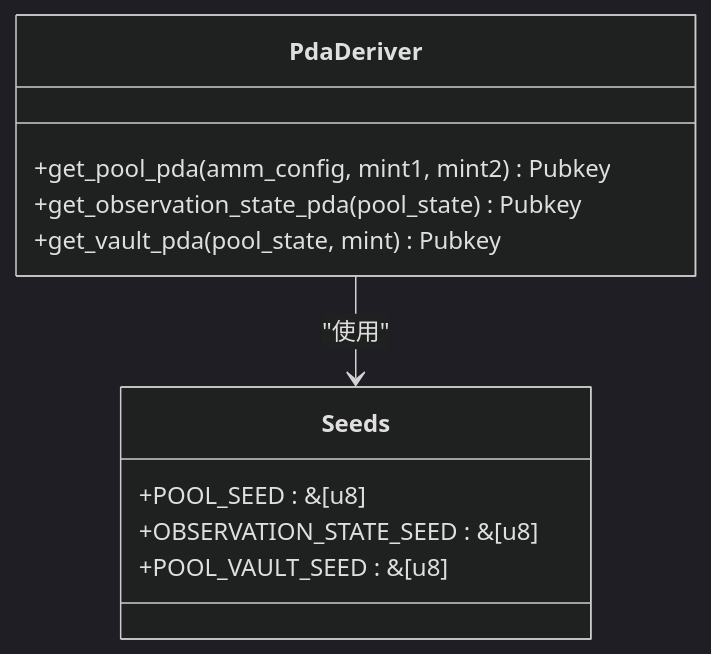
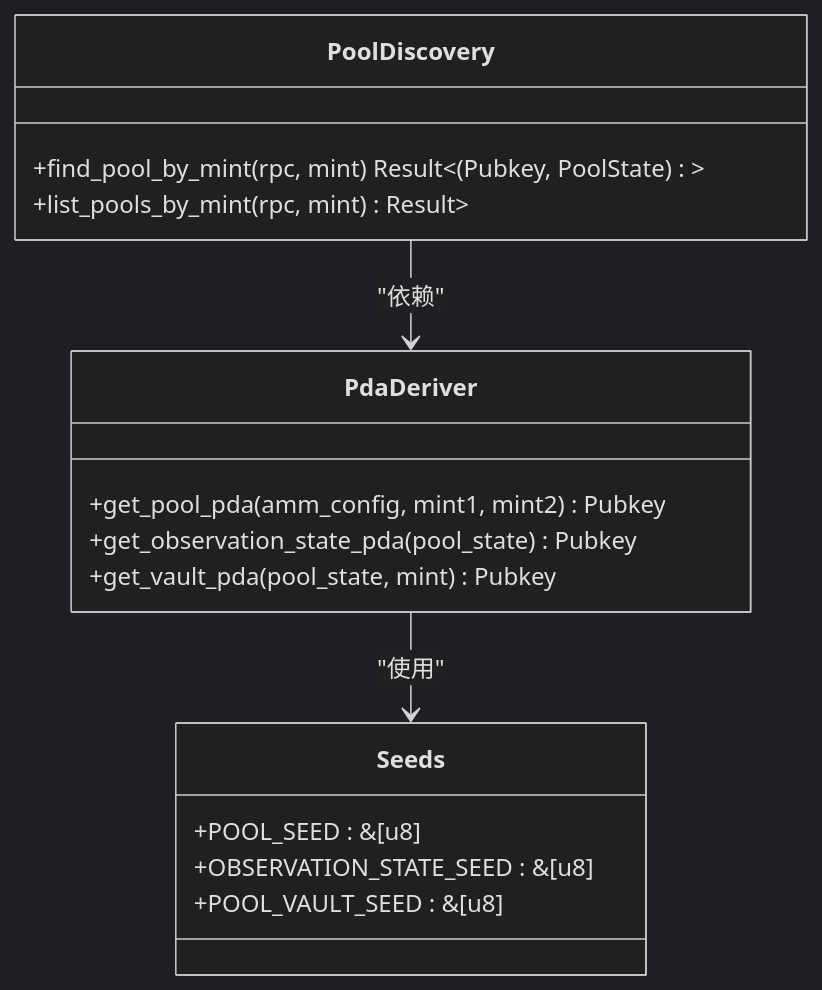
One commit to IAliceBobI/sol-trade-sdk changed the third of 7 diagrams in .qoder/repowiki/zh/content/API参考文档/DexExecutor 执行器接口/Raydium 执行器/Raydium CPMM 执行器.md. Above: the diagram before and after it, drawn with Mermaid (dark theme). The commit also changed other lines of this file and 3 other files, not shown here.

````diff
--- a/.qoder/repowiki/zh/content/API参考文档/DexExecutor 执行器接口/Raydium 执行器/Raydium CPMM 执行器.md
+++ b/.qoder/repowiki/zh/content/API参考文档/DexExecutor 执行器接口/Raydium 执行器/Raydium CPMM 执行器.md
@@ -119,14 +129,19 @@
 ```mermaid
 classDiagram
 class PdaDeriver {
 +get_pool_pda(amm_config, mint1, mint2) Pubkey
 +get_observation_state_pda(pool_state) Pubkey
 +get_vault_pda(pool_state, mint) Pubkey
 }
 class Seeds {
 +POOL_SEED : &[u8]
 +OBSERVATION_STATE_SEED : &[u8]
 +POOL_VAULT_SEED : &[u8]
 }
+class PoolDiscovery {
++find_pool_by_mint(rpc, mint) Result<(Pubkey, PoolState)>
++list_pools_by_mint(rpc, mint) Result<Vec<(Pubkey, PoolState)>>
+}
 PdaDeriver --> Seeds : "使用"
+PoolDiscovery --> PdaDeriver : "依赖"
 ```
````
